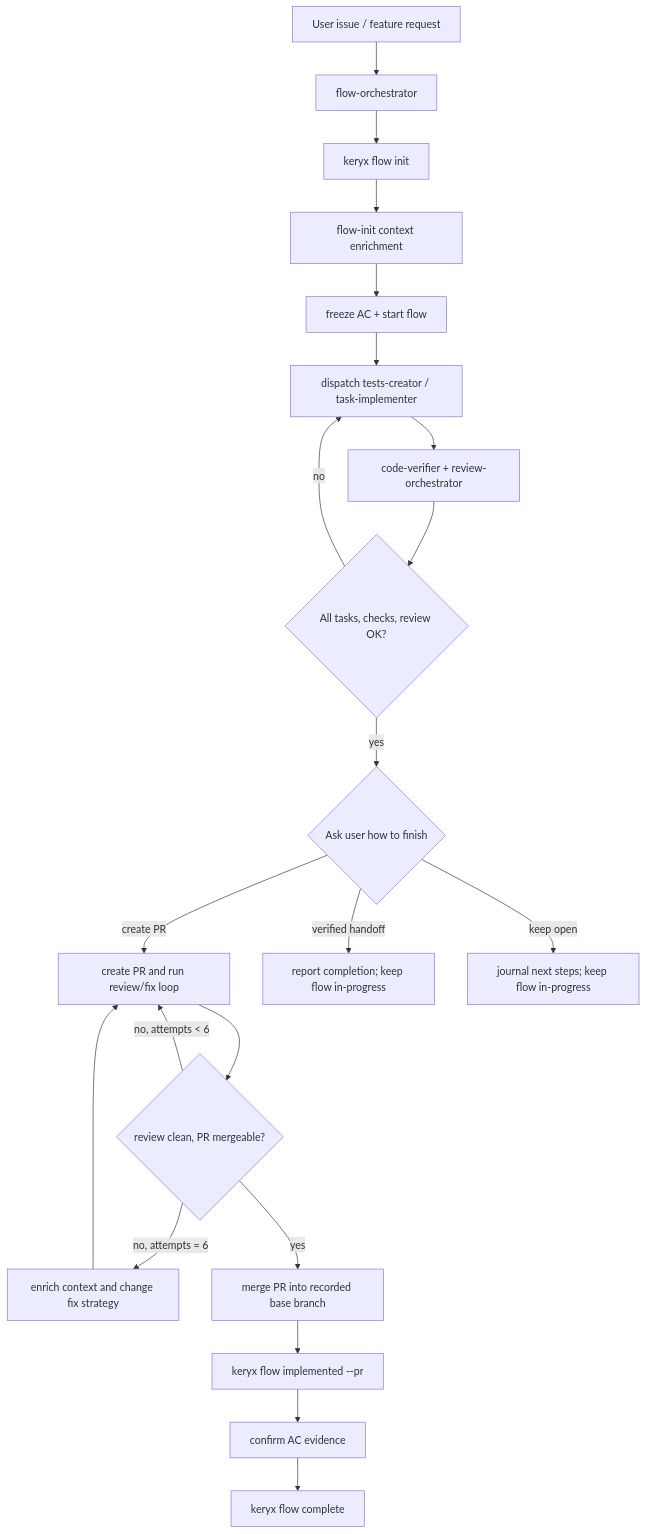
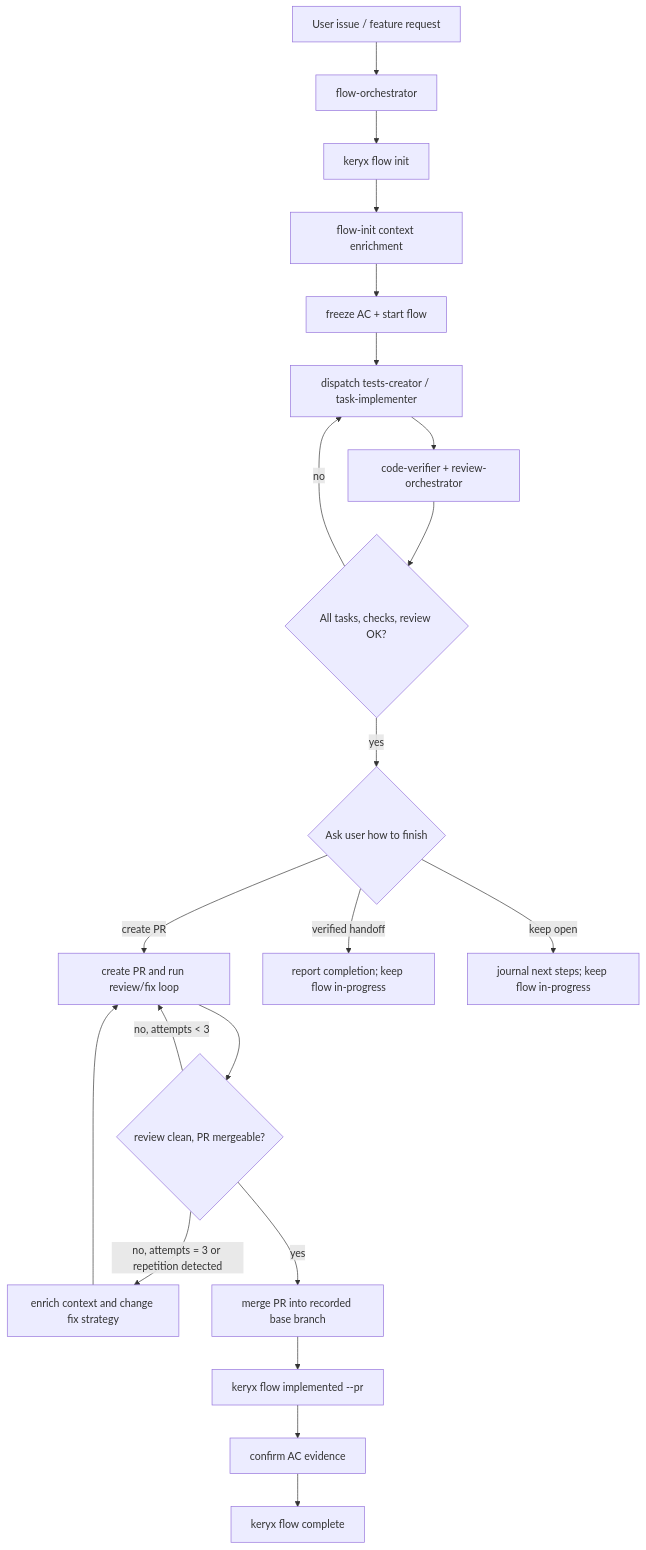
One commit to MrCipherSmith/keryx changed the diagram in .metaproject/skills/gdskills/orchestration/flow-orchestrator/SKILL.md. Above: the diagram before and after it, drawn with Mermaid. The commit also changed other lines of this file and 273 other files, not shown here.

````diff
--- a/.metaproject/skills/gdskills/orchestration/flow-orchestrator/SKILL.md
+++ b/.metaproject/skills/gdskills/orchestration/flow-orchestrator/SKILL.md
@@ -74,23 +74,23 @@
 ```mermaid
 flowchart TD
   A["User issue / feature request"] --> B["flow-orchestrator"]
   B --> C["keryx flow init"]
   C --> D["flow-init context enrichment"]
   D --> E["freeze AC + start flow"]
   E --> F["dispatch tests-creator / task-implementer"]
   F --> G["code-verifier + review-orchestrator"]
   G --> H{"All tasks, checks, review OK?"}
   H -- "no" --> F
   H -- "yes" --> I{"Ask user how to finish"}
   I -- "create PR" --> J["create PR and run review/fix loop"]
   J --> K{"review clean, PR mergeable?"}
-  K -- "no, attempts < 6" --> J
-  K -- "no, attempts = 6" --> R["enrich context and change fix strategy"]
+  K -- "no, attempts < 3" --> J
+  K -- "no, attempts = 3 or repetition detected" --> R["enrich context and change fix strategy"]
   R --> J
   K -- "yes" --> L["merge PR into recorded base branch"]
   L --> M["keryx flow implemented --pr"]
   M --> N["confirm AC evidence"]
   N --> O["keryx flow complete"]
   I -- "verified handoff" --> P["report completion; keep flow in-progress"]
   I -- "keep open" --> Q["journal next steps; keep flow in-progress"]
 ```
````
